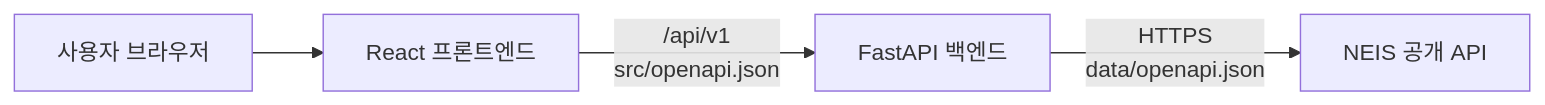
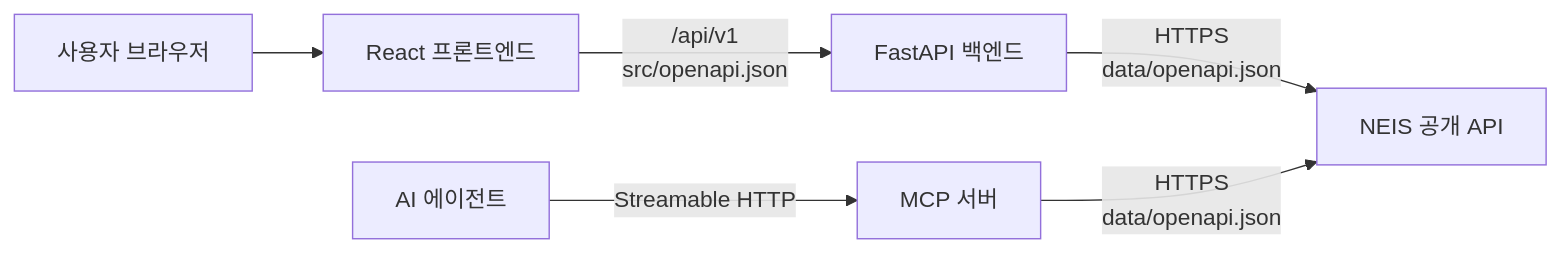
One commit to beep683/bsl-pyconkr changed the diagram in TRD.md. Above: the diagram before and after it, drawn with Mermaid. The commit also changed other lines of this file and 18 other files, not shown here.

````diff
--- a/TRD.md
+++ b/TRD.md
@@ -19,11 +19,15 @@
 ```mermaid
 flowchart LR
     U[사용자 브라우저]
     F[React 프론트엔드]
     B[FastAPI 백엔드]
+    M[MCP 서버]
     N[NEIS 공개 API]
+    A[AI 에이전트]
 
     U --> F
     F -->|/api/v1<br/>src/openapi.json| B
     B -->|HTTPS<br/>data/openapi.json| N
+    A -->|Streamable HTTP| M
+    M -->|HTTPS<br/>data/openapi.json| N
 ```
````
